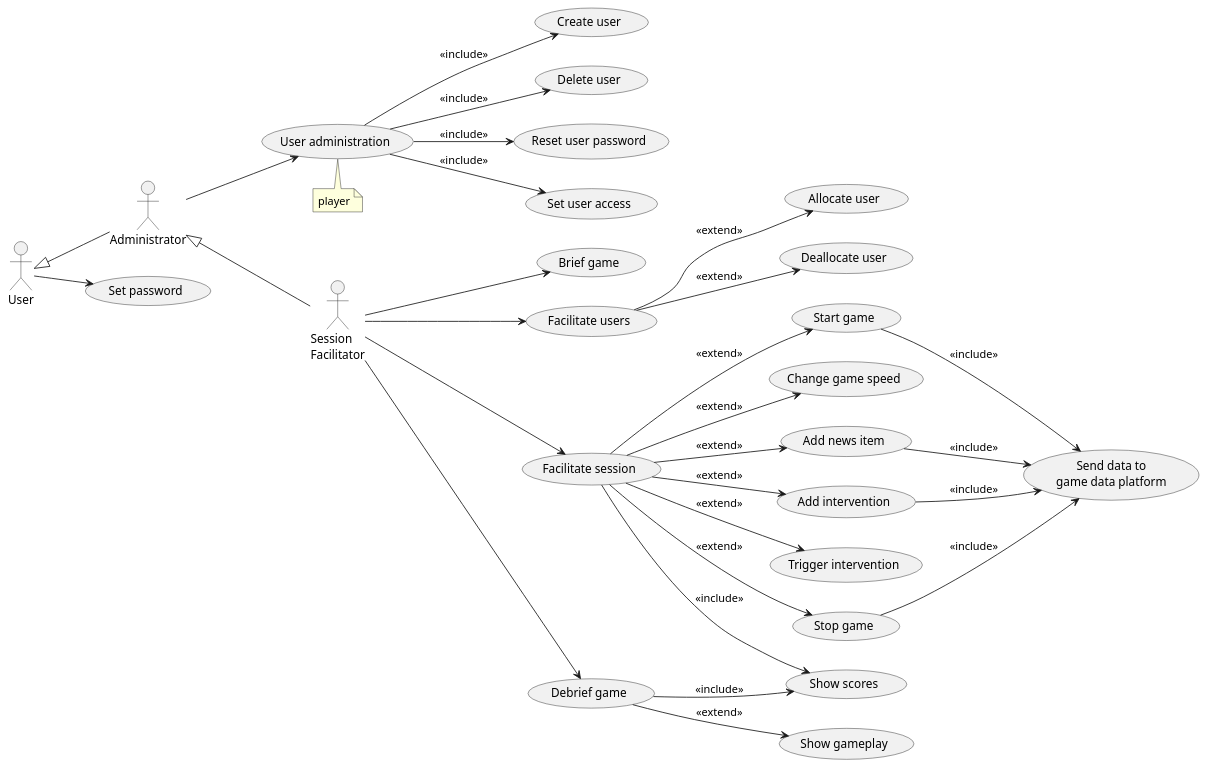
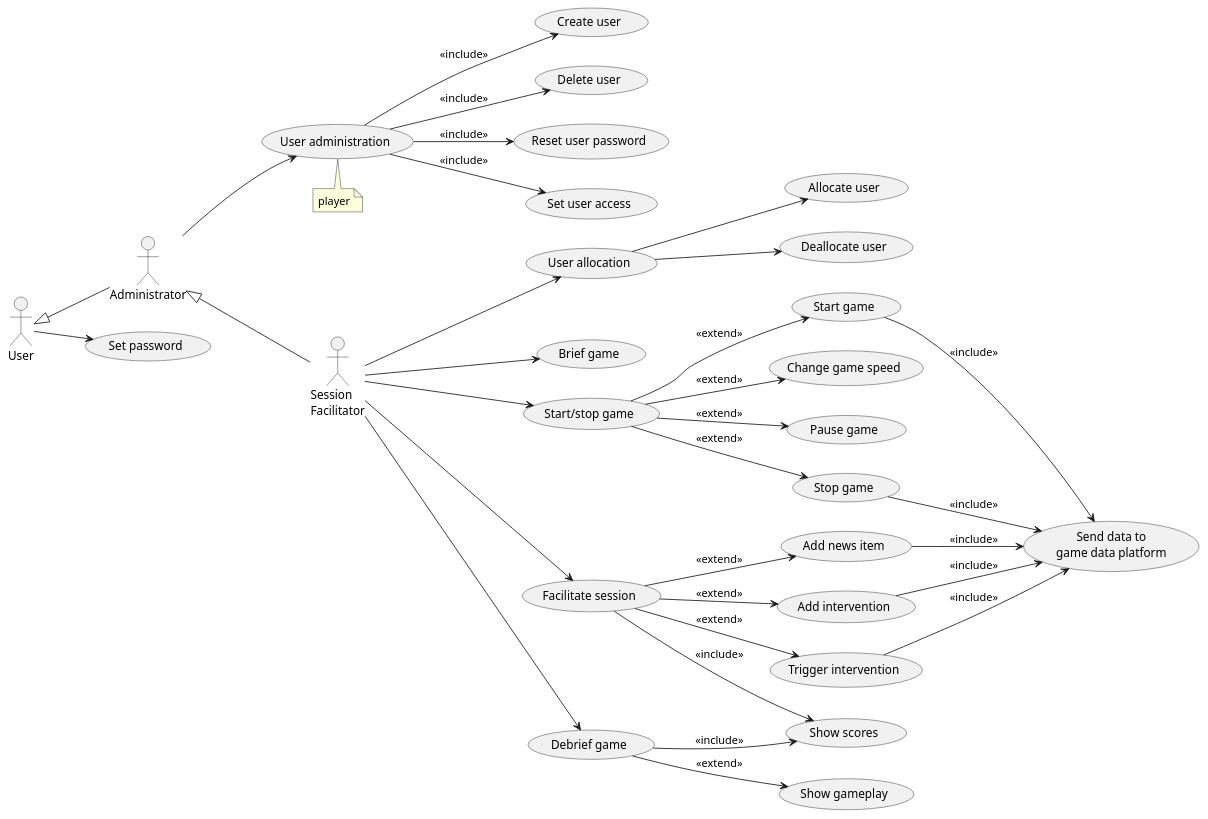
The diagram in doc/1-use-cases/diagrams/session-facilitation.puml (averbraeck/gscg-design), drawn with PlantUML before and after one commit. The commit also changed 2 other files, not shown here.

Commit message:
Issue #4. Add 'pause game' and tidy up use case diagram

```diff
--- a/doc/1-use-cases/diagrams/session-facilitation.puml
+++ b/doc/1-use-cases/diagrams/session-facilitation.puml
@@ -1,44 +1,48 @@
 @startuml
 left to right direction
 
 "Session\nFacilitator" as SF
 User <|-- Administrator
 Administrator <|-- SF
 
 User --> (Set password)
 
 Administrator --> (User administration)
 note bottom
   player
 end note
 
 (User administration) --> (Create user) : << include >>
 (User administration) --> (Delete user) : << include >>
 (User administration) --> (Reset user password) : << include >>
 (User administration) --> (Set user access) : << include >>
 
+SF --> (User allocation)
+(User allocation) --> (Allocate user)
+(User allocation) --> (Deallocate user)
+
 SF --> (Brief game)
 
-SF --> (Facilitate users)
-(Facilitate users) --> (Allocate user) : << extend >>
-(Facilitate users) --> (Deallocate user) : << extend >>
+SF --> (Start/stop game)
+(Start/stop game) --> (Start game) : << extend >>
+(Start/stop game) --> (Change game speed) : << extend >>
+(Start/stop game) --> (Pause game) : << extend >>
+(Start/stop game) --> (Stop game) : << extend >>
 
 SF --> (Facilitate session)
-(Facilitate session) --> (Start game) : << extend >>
-(Facilitate session) --> (Change game speed) : << extend >>
 (Facilitate session) --> (Add news item) : << extend >>
 (Facilitate session) --> (Add intervention) : << extend >>
 (Facilitate session) --> (Trigger intervention) : << extend >>
-(Facilitate session) --> (Stop game) : << extend >>
 (Facilitate session) --> (Show scores) : << include >>
 
 (Start game) --> (Send data to\ngame data platform) : << include >>
 (Add news item) --> (Send data to\ngame data platform) : << include >>
 (Add intervention) --> (Send data to\ngame data platform) : << include >>
+(Trigger intervention) --> (Send data to\ngame data platform) : << include >>
 (Stop game) --> (Send data to\ngame data platform) : << include >>
 
 SF --> (Debrief game)
 (Debrief game) --> (Show scores) : << include >>
 (Debrief game) --> (Show gameplay) : << extend >>
 
 @enduml
```
